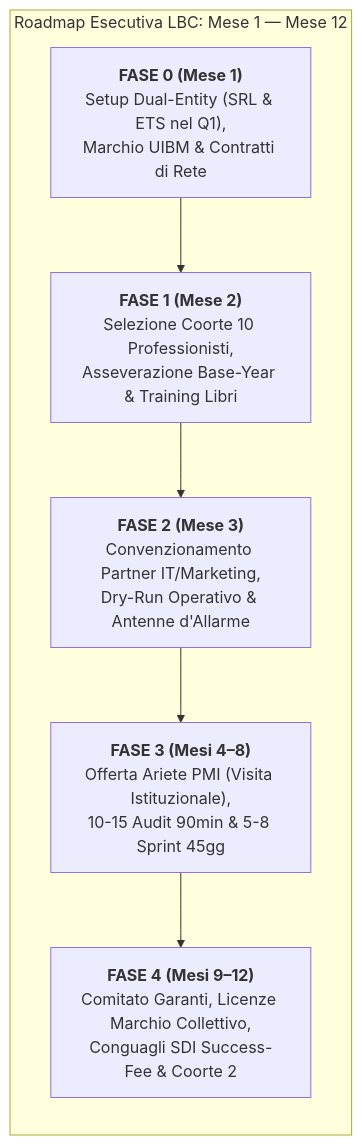
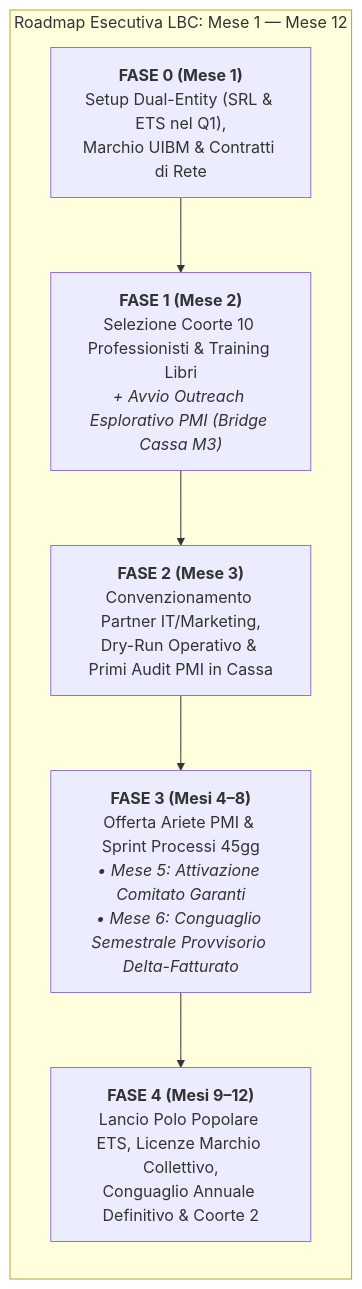
One commit to MarioDaeda/lbc-la-buona-community changed the fourth of 5 diagrams in MACRO_ROADMAP_ECOSISTEMA_LBC.md. Above: the diagram before and after it, drawn with Mermaid. The commit also changed other lines of this file and 10 other files, not shown here.

````diff
--- a/MACRO_ROADMAP_ECOSISTEMA_LBC.md
+++ b/MACRO_ROADMAP_ECOSISTEMA_LBC.md
@@ -219,13 +219,13 @@
 ```mermaid
 flowchart LR
     subgraph Roadmap_12_Mesi ["Roadmap Esecutiva LBC: Mese 1 — Mese 12"]
         direction TB
         F0["<b>FASE 0 (Mese 1)</b><br/>Setup Dual-Entity (SRL & ETS nel Q1),<br/>Marchio UIBM & Contratti di Rete"]
-        F1["<b>FASE 1 (Mese 2)</b><br/>Selezione Coorte 10 Professionisti,<br/>Asseverazione Base-Year & Training Libri"]
-        F2["<b>FASE 2 (Mese 3)</b><br/>Convenzionamento Partner IT/Marketing,<br/>Dry-Run Operativo & Antenne d'Allarme"]
-        F3["<b>FASE 3 (Mesi 4–8)</b><br/>Offerta Ariete PMI (Visita Istituzionale),<br/>10-15 Audit 90min & 5-8 Sprint 45gg"]
-        F4["<b>FASE 4 (Mesi 9–12)</b><br/>Comitato Garanti, Licenze Marchio Collettivo,<br/>Conguagli SDI Success-Fee & Coorte 2"]
+        F1["<b>FASE 1 (Mese 2)</b><br/>Selezione Coorte 10 Professionisti & Training Libri<br/><i>+ Avvio Outreach Esplorativo PMI (Bridge Cassa M3)</i>"]
+        F2["<b>FASE 2 (Mese 3)</b><br/>Convenzionamento Partner IT/Marketing,<br/>Dry-Run Operativo & Primi Audit PMI in Cassa"]
+        F3["<b>FASE 3 (Mesi 4–8)</b><br/>Offerta Ariete PMI & Sprint Processi 45gg<br/><i>• Mese 5: Attivazione Comitato Garanti<br/>• Mese 6: Conguaglio Semestrale Provvisorio Delta-Fatturato</i>"]
+        F4["<b>FASE 4 (Mesi 9–12)</b><br/>Lancio Polo Popolare ETS, Licenze Marchio Collettivo,<br/>Conguaglio Annuale Definitivo & Coorte 2"]
         
         F0 --> F1 --> F2 --> F3 --> F4
     end
 ```
````
